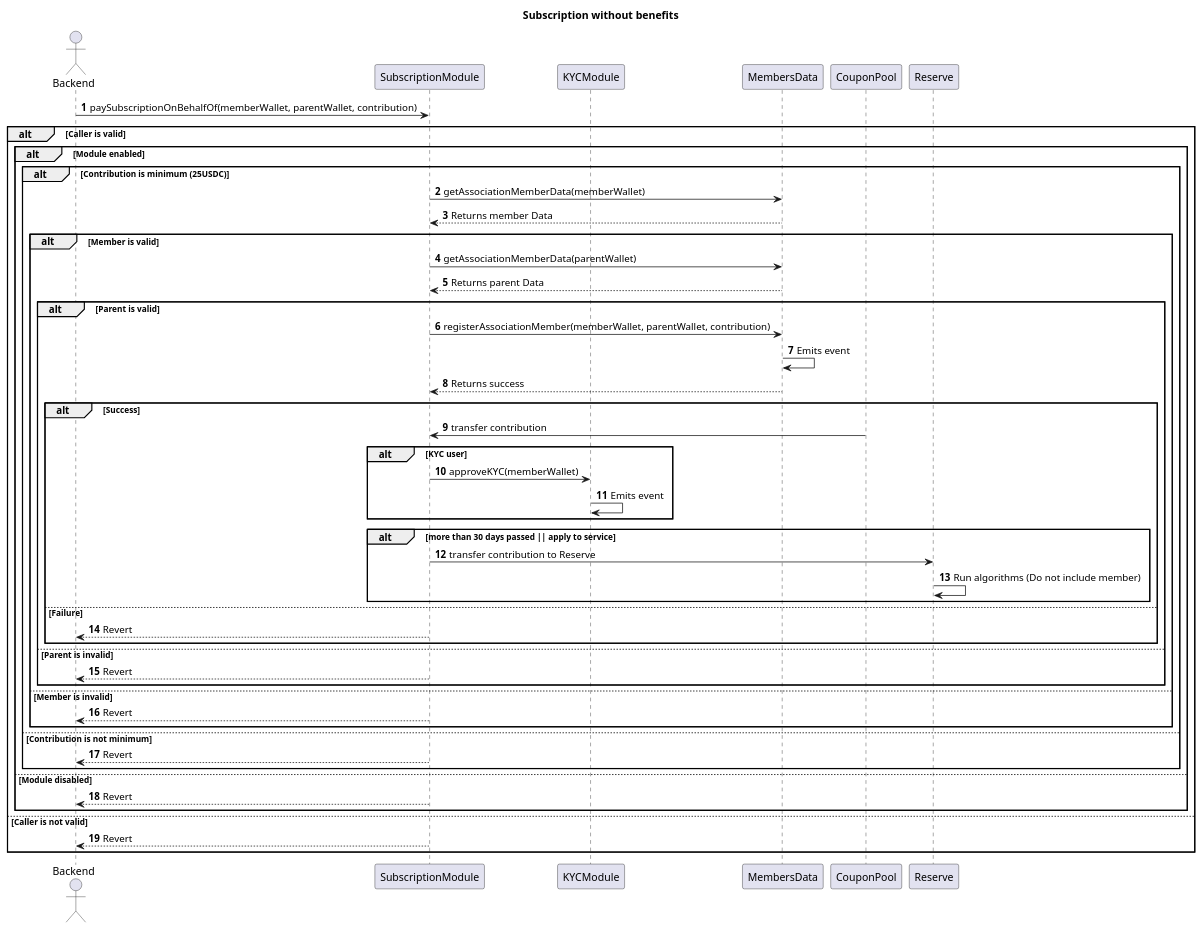
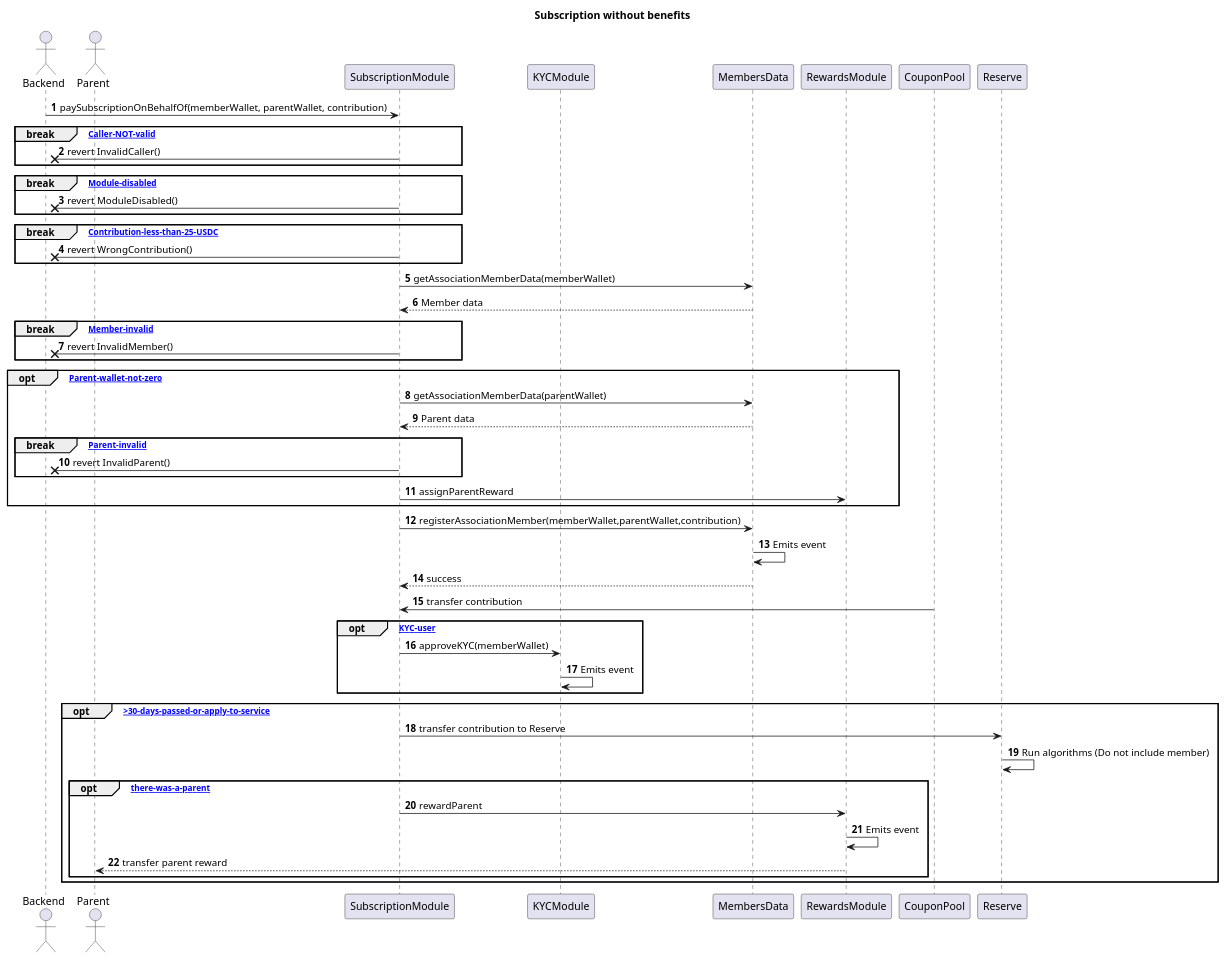
Before and after one commit to TakafulDAO/takasure.sc: the diagram in docs/sequence_diagrams/Subscriptions/subscription-without-benefit.puml, drawn with PlantUML. The commit also changed 3 other files, not shown here.

Commit message:
revise: update diagrams

```diff
--- a/docs/sequence_diagrams/Subscriptions/subscription-without-benefit.puml
+++ b/docs/sequence_diagrams/Subscriptions/subscription-without-benefit.puml
@@ -1,66 +1,68 @@
-@startuml Subscriptions without benefits
+@startuml Subscriptions_without_benefits
 title Subscription without benefits
 autonumber
 
 actor Backend
+actor Parent
 participant SubscriptionModule
 participant KYCModule
 participant MembersData
+participant RewardsModule
 participant CouponPool
 participant Reserve
 
 Backend -> SubscriptionModule: paySubscriptionOnBehalfOf(memberWallet, parentWallet, contribution)
 
-alt Caller is valid
-  alt Module enabled
-    alt Contribution is minimum (25USDC)
-      SubscriptionModule -> MembersData: getAssociationMemberData(memberWallet)
-      MembersData --> SubscriptionModule: Returns member Data
+break [Caller-NOT-valid]
+  SubscriptionModule -x Backend: revert InvalidCaller()
+end
 
-      alt Member is valid
-        SubscriptionModule -> MembersData: getAssociationMemberData(parentWallet)
-        MembersData --> SubscriptionModule: Returns parent Data
+break [Module-disabled]
+  SubscriptionModule -x Backend: revert ModuleDisabled()
+end
 
-        alt Parent is valid
-          SubscriptionModule -> MembersData: registerAssociationMember(memberWallet, parentWallet, contribution)
-          MembersData -> MembersData: Emits event
-          MembersData --> SubscriptionModule: Returns success
+break [Contribution-less-than-25-USDC]
+  SubscriptionModule -x Backend: revert WrongContribution()
+end
 
-          alt Success
-            CouponPool -> SubscriptionModule: transfer contribution
+SubscriptionModule -> MembersData: getAssociationMemberData(memberWallet)
+MembersData --> SubscriptionModule: Member data
 
-            alt KYC user
-              SubscriptionModule -> KYCModule: approveKYC(memberWallet)
-              KYCModule -> KYCModule: Emits event
-            end
+break [Member-invalid]
+  SubscriptionModule -x Backend: revert InvalidMember()
+end
 
-            alt more than 30 days passed || apply to service
-              SubscriptionModule -> Reserve: transfer contribution to Reserve
-              Reserve -> Reserve: Run algorithms (Do not include member)           
-            end
+opt [Parent-wallet-not-zero]
+  SubscriptionModule -> MembersData: getAssociationMemberData(parentWallet)
+  MembersData --> SubscriptionModule: Parent data
 
-          else Failure
-            SubscriptionModule --> Backend: Revert
-          end
-
-        else Parent is invalid
-          SubscriptionModule --> Backend: Revert
-        end
-
-      else Member is invalid 
-        SubscriptionModule --> Backend: Revert
-      end
-
-    else Contribution is not minimum
-      SubscriptionModule --> Backend: Revert
-    end
-
-  else Module disabled
-    SubscriptionModule --> Backend: Revert
+  break [Parent-invalid]
+    SubscriptionModule -x Backend: revert InvalidParent()
   end
 
-else Caller is not valid
-  SubscriptionModule --> Backend: Revert
+  SubscriptionModule -> RewardsModule: assignParentReward
+end
+
+SubscriptionModule -> MembersData: registerAssociationMember(memberWallet,parentWallet,contribution)
+MembersData -> MembersData: Emits event
+MembersData --> SubscriptionModule: success
+
+CouponPool -> SubscriptionModule: transfer contribution
+
+opt [KYC-user]
+  SubscriptionModule -> KYCModule: approveKYC(memberWallet)
+  KYCModule -> KYCModule: Emits event
+end
+
+opt [>30-days-passed-or-apply-to-service]
+  SubscriptionModule -> Reserve: transfer contribution to Reserve
+  Reserve -> Reserve: Run algorithms (Do not include member)
+
+  opt [there-was-a-parent]
+    SubscriptionModule -> RewardsModule: rewardParent
+    RewardsModule -> RewardsModule: Emits event
+    RewardsModule --> Parent: transfer parent reward
+  end
 end
 
 @enduml
```
